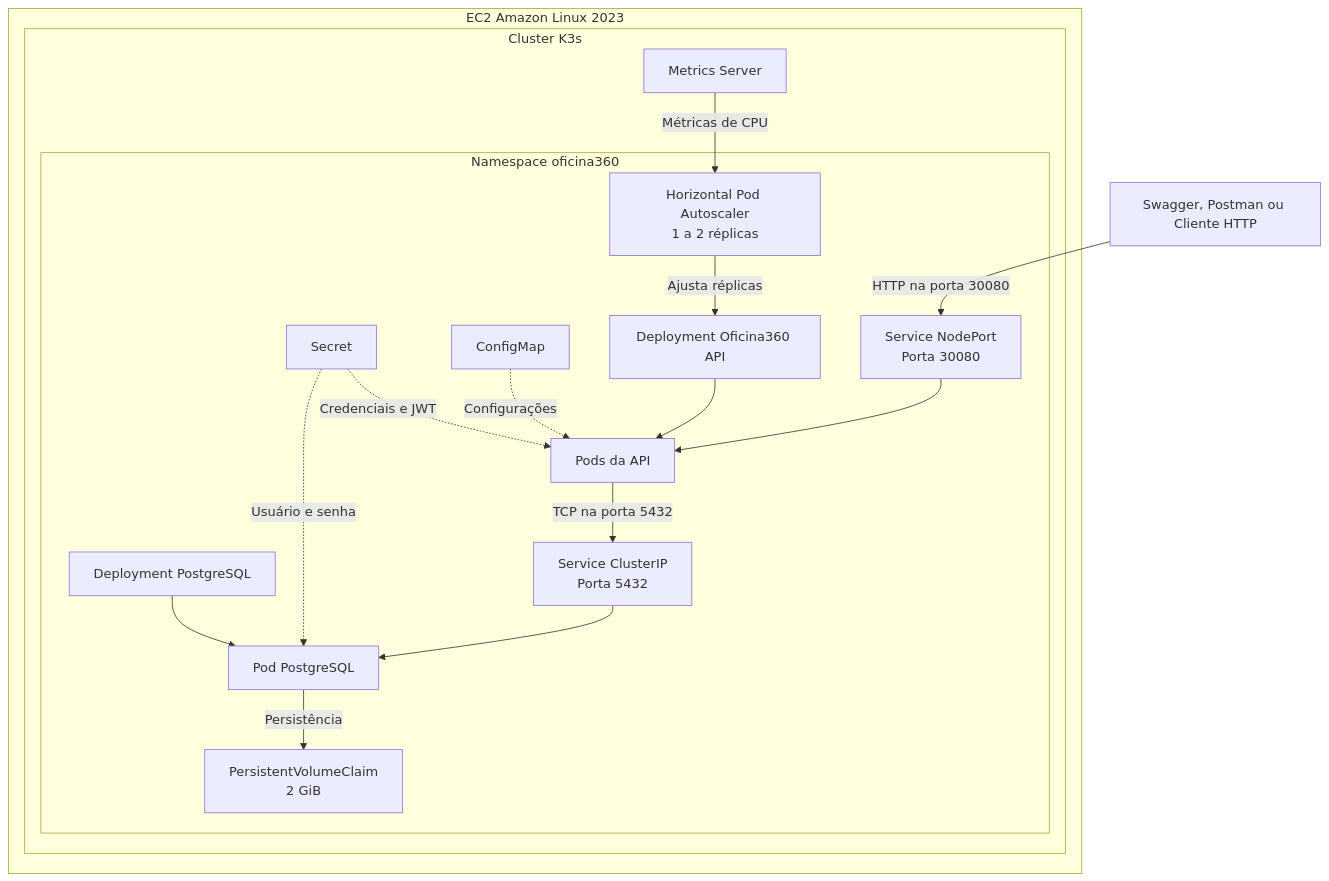
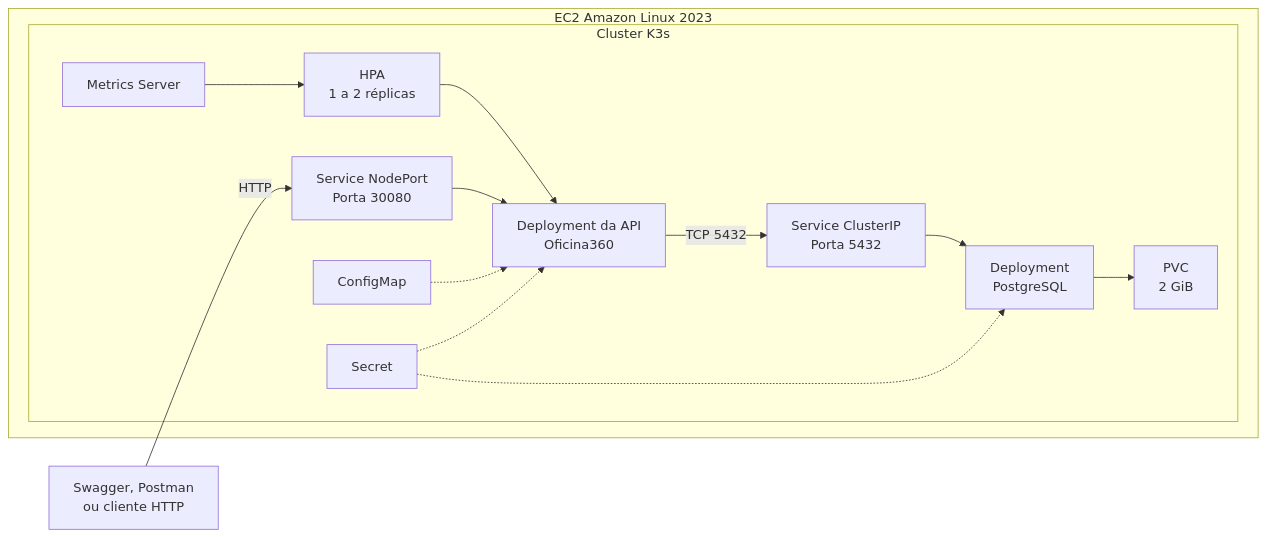
The second of 6 diagrams in docs/FASE_2.md (michaelhion/tech_challenge_pos_arquitetura_de_software), drawn with Mermaid before and after one commit. The commit also changed other lines of this file, not shown here.

Commit message:
alteração documentação da fase 2 fluxo kubernetes

````diff
--- a/docs/FASE_2.md
+++ b/docs/FASE_2.md
@@ -262,42 +268,31 @@
 ```mermaid
-flowchart TB
-    user["Swagger, Postman ou Cliente HTTP"]
+flowchart LR
+    client["Swagger, Postman<br/>ou cliente HTTP"]
 
     subgraph ec2["EC2 Amazon Linux 2023"]
-        subgraph k3s["Cluster K3s"]
+        subgraph cluster["Cluster K3s"]
+            serviceApi["Service NodePort<br/>Porta 30080"]
+            api["Deployment da API<br/>Oficina360"]
+            serviceDb["Service ClusterIP<br/>Porta 5432"]
+            postgres["Deployment<br/>PostgreSQL"]
+            volume["PVC<br/>2 GiB"]
+            hpa["HPA<br/>1 a 2 réplicas"]
             metrics["Metrics Server"]
-
-            subgraph namespace["Namespace oficina360"]
-                secret["Secret"]
-                configmap["ConfigMap"]
-
-                apiDeployment["Deployment Oficina360 API"]
-                apiPods["Pods da API"]
-                apiService["Service NodePort<br/>Porta 30080"]
-                hpa["Horizontal Pod Autoscaler<br/>1 a 2 réplicas"]
-
-                dbDeployment["Deployment PostgreSQL"]
-                dbPod["Pod PostgreSQL"]
-                dbService["Service ClusterIP<br/>Porta 5432"]
-                pvc["PersistentVolumeClaim<br/>2 GiB"]
-            end
+            config["ConfigMap"]
+            secret["Secret"]
         end
     end
 
-    user -->|"HTTP na porta 30080"| apiService
-    apiService --> apiPods
-    apiDeployment --> apiPods
+    client -->|"HTTP"| serviceApi
+    serviceApi --> api
+    api -->|"TCP 5432"| serviceDb
+    serviceDb --> postgres
+    postgres --> volume
 
-    secret -.->|"Credenciais e JWT"| apiPods
-    configmap -.->|"Configurações"| apiPods
+    config -.-> api
+    secret -.-> api
+    secret -.-> postgres
 
-    apiPods -->|"TCP na porta 5432"| dbService
-    dbService --> dbPod
-    dbDeployment --> dbPod
-
-    secret -.->|"Usuário e senha"| dbPod
-    dbPod -->|"Persistência"| pvc
-
-    metrics -->|"Métricas de CPU"| hpa
-    hpa -->|"Ajusta réplicas"| apiDeployment
+    metrics --> hpa
+    hpa --> api
 ```
````
